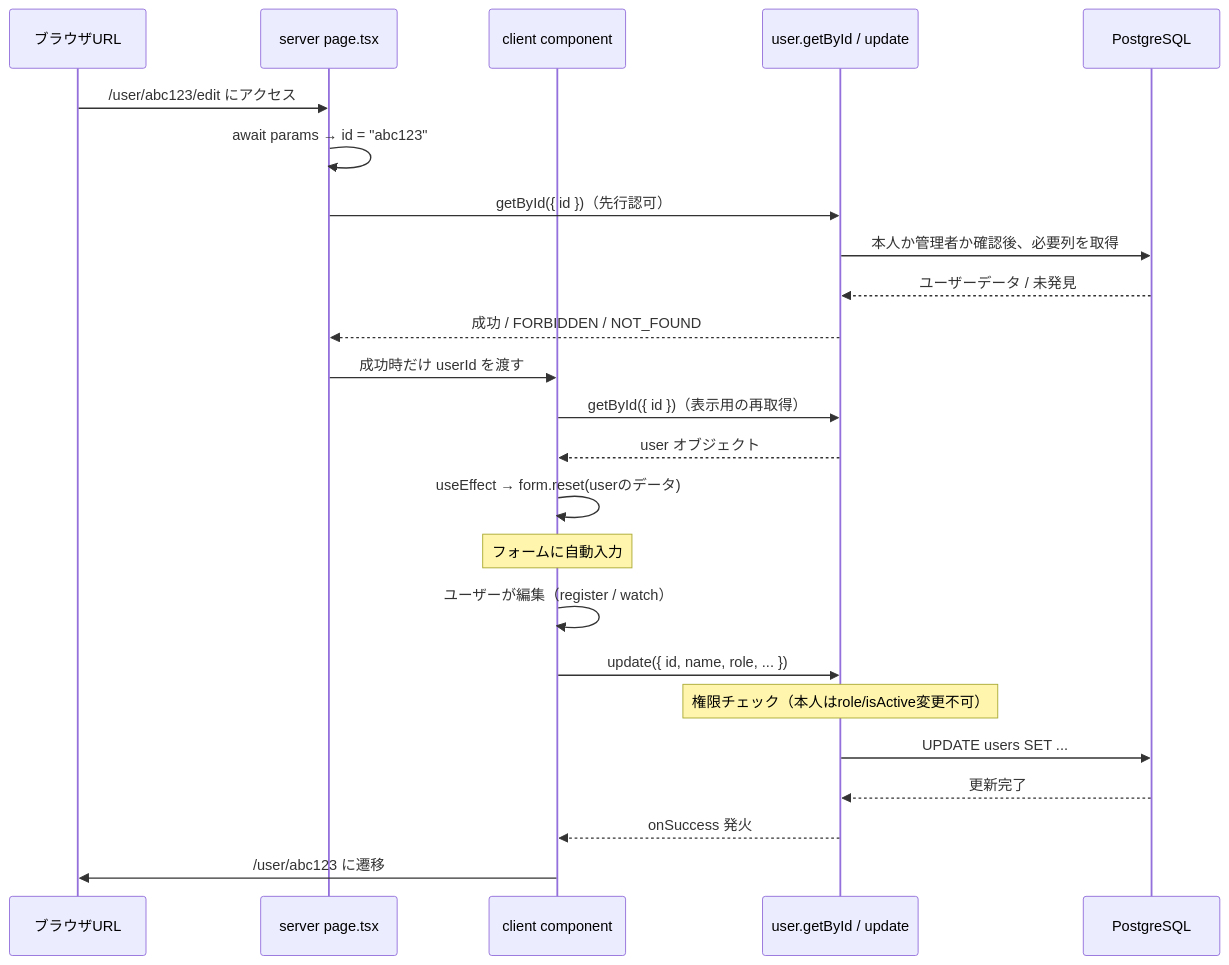
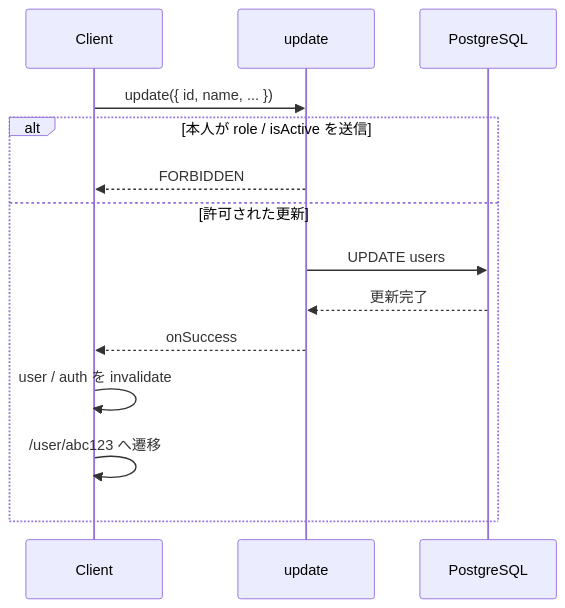
One commit to kouiso/task-app changed the fifth of 5 diagrams in material/30days-curriculum/day29_ユーザー詳細・編集ページを作ろう.md. Above: the diagram before and after it, drawn with Mermaid. The commit also changed other lines of this file and 345 other files, not shown here.

````diff
--- a/material/30days-curriculum/day29_ユーザー詳細・編集ページを作ろう.md
+++ b/material/30days-curriculum/day29_ユーザー詳細・編集ページを作ろう.md
@@ -3770,27 +3653,17 @@
 ```mermaid
 sequenceDiagram
-    participant URL as ブラウザURL
-    participant Server as server page.tsx
-    participant Client as client component
-    participant tRPC as user.getById / update
+    participant Client
+    participant API as update
     participant DB as PostgreSQL
 
-    URL->>Server: /user/abc123/edit にアクセス
-    Server->>Server: await params → id = "abc123"
-    Server->>tRPC: getById({ id })（先行認可）
-    tRPC->>DB: 本人か管理者か確認後、必要列を取得
-    DB-->>tRPC: ユーザーデータ / 未発見
-    tRPC-->>Server: 成功 / FORBIDDEN / NOT_FOUND
-    Server->>Client: 成功時だけ userId を渡す
-    Client->>tRPC: getById({ id })（表示用の再取得）
-    tRPC-->>Client: user オブジェクト
-    Client->>Client: useEffect → form.reset(userのデータ)
-    Note over Client: フォームに自動入力
-    Client->>Client: ユーザーが編集（register / watch）
-    Client->>tRPC: update({ id, name, role, ... })
-    Note over tRPC: 権限チェック（本人はrole/isActive変更不可）
-    tRPC->>DB: UPDATE users SET ...
-    DB-->>tRPC: 更新完了
-    tRPC-->>Client: onSuccess 発火
-    Client->>URL: /user/abc123 に遷移
+    Client->>API: update({ id, name, ... })
+    alt 本人が role / isActive を送信
+        API-->>Client: FORBIDDEN
+    else 許可された更新
+        API->>DB: UPDATE users
+        DB-->>API: 更新完了
+        API-->>Client: onSuccess
+        Client->>Client: user / auth を invalidate
+        Client->>Client: /user/abc123 へ遷移
+    end
 ```
````
